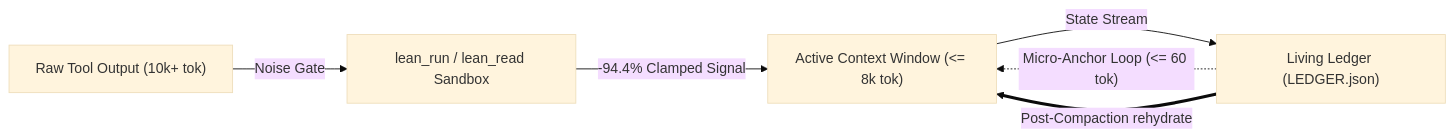
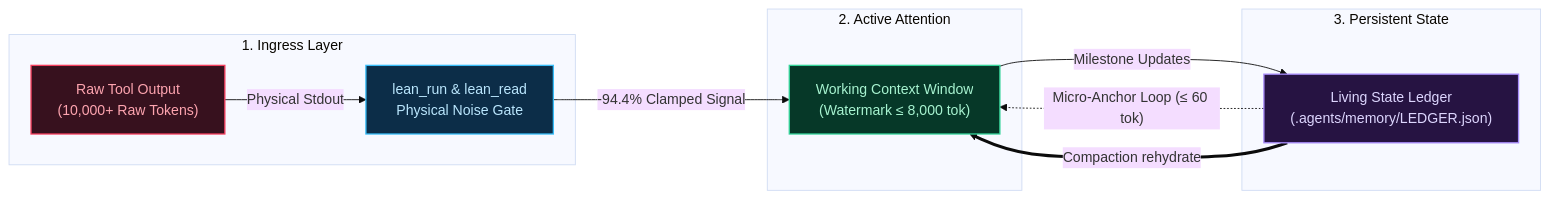
Before and after one commit to akshayskhurd/agent-skills: the diagram in skills/leanctx/README.md, drawn with Mermaid (base theme). The commit also changed 2 other files, not shown here.

Commit message:
docs(leanctx): enhance Mermaid flowcharts for native markdown preview rendering

````diff
--- a/skills/leanctx/README.md
+++ b/skills/leanctx/README.md
@@ -12,8 +12,31 @@
 ```mermaid
 flowchart LR
-    A["Raw Tool Output (10k+ tok)"] -->|"Noise Gate"| B["lean_run / lean_read Sandbox"]
-    B -->|"-94.4% Clamped Signal"| C["Active Context Window (&lt;= 8k tok)"]
-    C -->|"State Stream"| D["Living Ledger (LEDGER.json)"]
-    D -.->|"Micro-Anchor Loop (&lt;= 60 tok)"| C
-    D ==>|"Post-Compaction rehydrate"| C
+    subgraph INGRESS ["1. Ingress Layer"]
+        A["Raw Tool Output<br/>(10,000+ Raw Tokens)"]
+        B["lean_run & lean_read<br/>Physical Noise Gate"]
+    end
+
+    subgraph MEMORY ["2. Active Attention"]
+        C["Working Context Window<br/>(Watermark ≤ 8,000 tok)"]
+    end
+
+    subgraph DISK ["3. Persistent State"]
+        D["Living State Ledger<br/>(.agents/memory/LEDGER.json)"]
+    end
+
+    A -->|"Physical Stdout"| B
+    B -->|"-94.4% Clamped Signal"| C
+    C -->|"Milestone Updates"| D
+    D -.->|"Micro-Anchor Loop (≤ 60 tok)"| C
+    D ==>|"Compaction rehydrate"| C
+
+    classDef redBox fill:#37111e,stroke:#f43f5e,stroke-width:1.5px,color:#fda4af;
+    classDef cyanBox fill:#0c2d48,stroke:#38bdf8,stroke-width:1.5px,color:#bae6fd;
+    classDef greenBox fill:#063828,stroke:#34d399,stroke-width:1.5px,color:#a7f3d0;
+    classDef purpleBox fill:#261342,stroke:#a78bfa,stroke-width:1.5px,color:#ddd6fe;
+
+    class A redBox;
+    class B cyanBox;
+    class C greenBox;
+    class D purpleBox;
 ```
````
